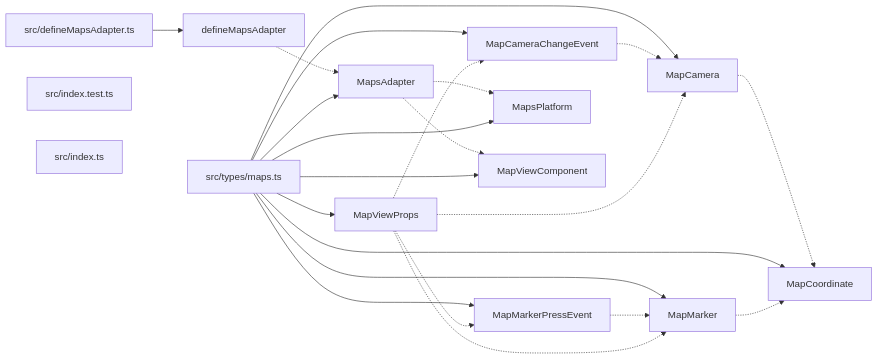
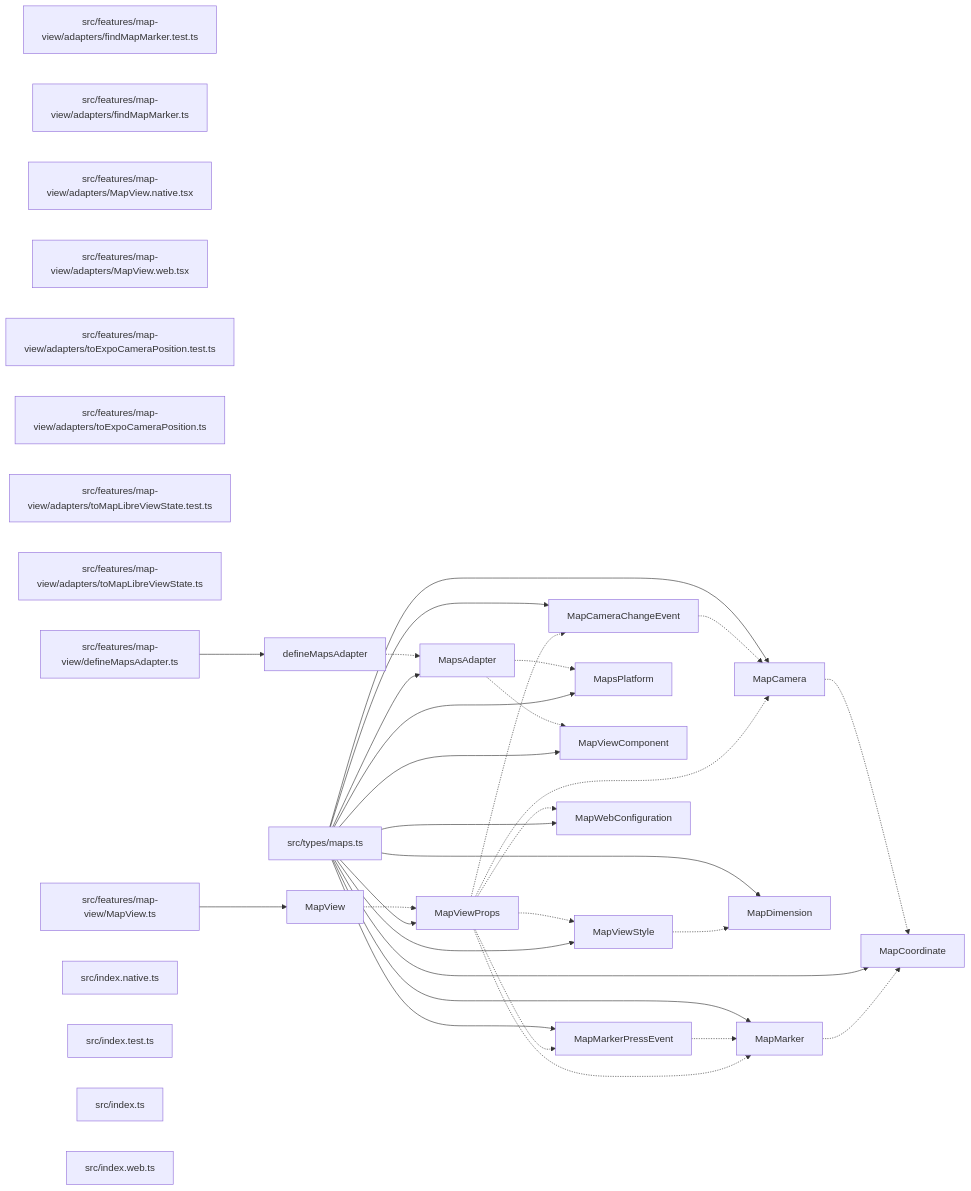
Before and after one commit to ankhorage/maps: the diagram in paradox/diagrams/export-graph.mmd, drawn with Mermaid. The commit also changed 12 other files, not shown here.

```diff
--- a/paradox/diagrams/export-graph.mmd
+++ b/paradox/diagrams/export-graph.mmd
@@ -1,36 +1,59 @@
 graph LR
-  module_src_defineMapsAdapter_ts["src/defineMapsAdapter.ts"]
+  module_src_features_map_view_adapters_findMapMarker_test_ts["src/features/map-view/adapters/findMapMarker.test.ts"]
+  module_src_features_map_view_adapters_findMapMarker_ts["src/features/map-view/adapters/findMapMarker.ts"]
+  module_src_features_map_view_adapters_MapView_native_tsx["src/features/map-view/adapters/MapView.native.tsx"]
+  module_src_features_map_view_adapters_MapView_web_tsx["src/features/map-view/adapters/MapView.web.tsx"]
+  module_src_features_map_view_adapters_toExpoCameraPosition_test_ts["src/features/map-view/adapters/toExpoCameraPosition.test.ts"]
+  module_src_features_map_view_adapters_toExpoCameraPosition_ts["src/features/map-view/adapters/toExpoCameraPosition.ts"]
+  module_src_features_map_view_adapters_toMapLibreViewState_test_ts["src/features/map-view/adapters/toMapLibreViewState.test.ts"]
+  module_src_features_map_view_adapters_toMapLibreViewState_ts["src/features/map-view/adapters/toMapLibreViewState.ts"]
+  module_src_features_map_view_defineMapsAdapter_ts["src/features/map-view/defineMapsAdapter.ts"]
+  module_src_features_map_view_MapView_ts["src/features/map-view/MapView.ts"]
+  module_src_index_native_ts["src/index.native.ts"]
   module_src_index_test_ts["src/index.test.ts"]
   module_src_index_ts["src/index.ts"]
+  module_src_index_web_ts["src/index.web.ts"]
   module_src_types_maps_ts["src/types/maps.ts"]
   export_defineMapsAdapter["defineMapsAdapter"]
-  module_src_defineMapsAdapter_ts --> export_defineMapsAdapter
+  module_src_features_map_view_defineMapsAdapter_ts --> export_defineMapsAdapter
   export_defineMapsAdapter -.-> export_MapsAdapter
   export_MapCamera["MapCamera"]
   module_src_types_maps_ts --> export_MapCamera
   export_MapCamera -.-> export_MapCoordinate
   export_MapCameraChangeEvent["MapCameraChangeEvent"]
   module_src_types_maps_ts --> export_MapCameraChangeEvent
   export_MapCameraChangeEvent -.-> export_MapCamera
   export_MapCoordinate["MapCoordinate"]
   module_src_types_maps_ts --> export_MapCoordinate
+  export_MapDimension["MapDimension"]
+  module_src_types_maps_ts --> export_MapDimension
   export_MapMarker["MapMarker"]
   module_src_types_maps_ts --> export_MapMarker
   export_MapMarker -.-> export_MapCoordinate
   export_MapMarkerPressEvent["MapMarkerPressEvent"]
   module_src_types_maps_ts --> export_MapMarkerPressEvent
   export_MapMarkerPressEvent -.-> export_MapMarker
   export_MapsAdapter["MapsAdapter"]
   module_src_types_maps_ts --> export_MapsAdapter
   export_MapsAdapter -.-> export_MapsPlatform
   export_MapsAdapter -.-> export_MapViewComponent
   export_MapsPlatform["MapsPlatform"]
   module_src_types_maps_ts --> export_MapsPlatform
+  export_MapView["MapView"]
+  module_src_features_map_view_MapView_ts --> export_MapView
+  export_MapView -.-> export_MapViewProps
   export_MapViewComponent["MapViewComponent"]
   module_src_types_maps_ts --> export_MapViewComponent
   export_MapViewProps["MapViewProps"]
   module_src_types_maps_ts --> export_MapViewProps
   export_MapViewProps -.-> export_MapCamera
   export_MapViewProps -.-> export_MapCameraChangeEvent
   export_MapViewProps -.-> export_MapMarker
   export_MapViewProps -.-> export_MapMarkerPressEvent
+  export_MapViewProps -.-> export_MapViewStyle
+  export_MapViewProps -.-> export_MapWebConfiguration
+  export_MapViewStyle["MapViewStyle"]
+  module_src_types_maps_ts --> export_MapViewStyle
+  export_MapViewStyle -.-> export_MapDimension
+  export_MapWebConfiguration["MapWebConfiguration"]
+  module_src_types_maps_ts --> export_MapWebConfiguration
```
